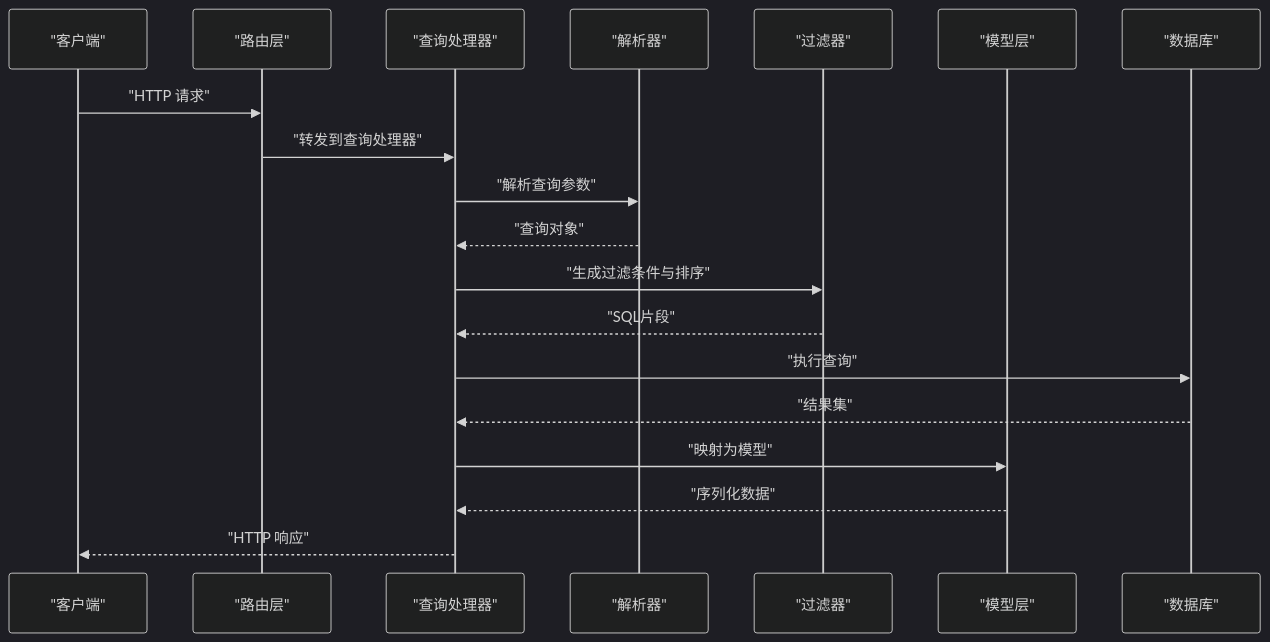
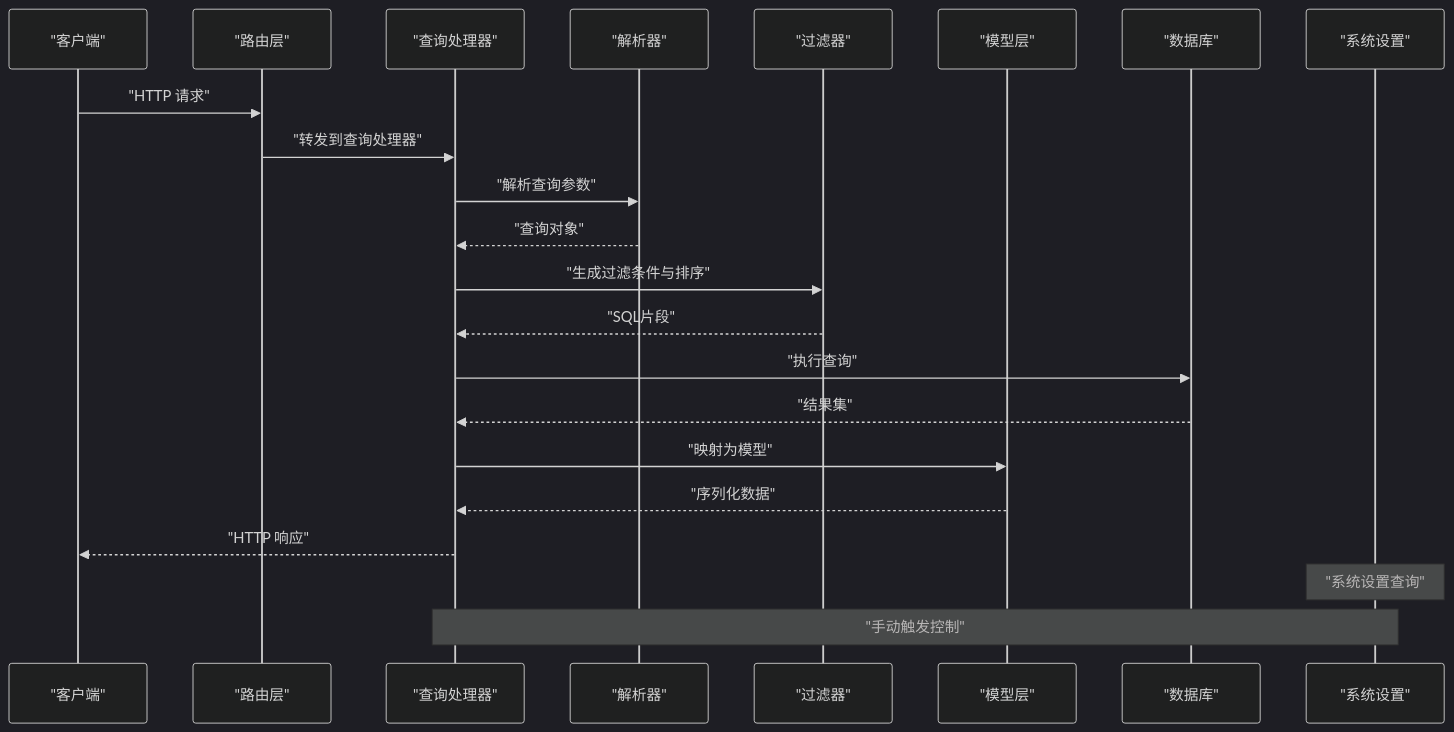
The second of 4 diagrams in .qoder/repowiki/zh/content/API接口文档/查询与搜索API.md (leimu-hue/AI-Trend-Tool), drawn with Mermaid (dark theme) before and after one commit. The commit also changed other lines of this file and 5 other files, not shown here.

````diff
--- a/.qoder/repowiki/zh/content/API接口文档/查询与搜索API.md
+++ b/.qoder/repowiki/zh/content/API接口文档/查询与搜索API.md
@@ -89,21 +104,24 @@
 ```mermaid
 sequenceDiagram
 participant C as "客户端"
 participant R as "路由层"
 participant H as "查询处理器"
 participant P as "解析器"
 participant F as "过滤器"
 participant M as "模型层"
 participant D as "数据库"
+participant S as "系统设置"
 C->>R : "HTTP 请求"
 R->>H : "转发到查询处理器"
 H->>P : "解析查询参数"
 P-->>H : "查询对象"
 H->>F : "生成过滤条件与排序"
 F-->>H : "SQL片段"
 H->>D : "执行查询"
 D-->>H : "结果集"
 H->>M : "映射为模型"
 M-->>H : "序列化数据"
 H-->>C : "HTTP 响应"
+Note over S : "系统设置查询"
+Note over H,S : "手动触发控制"
 ```
````
